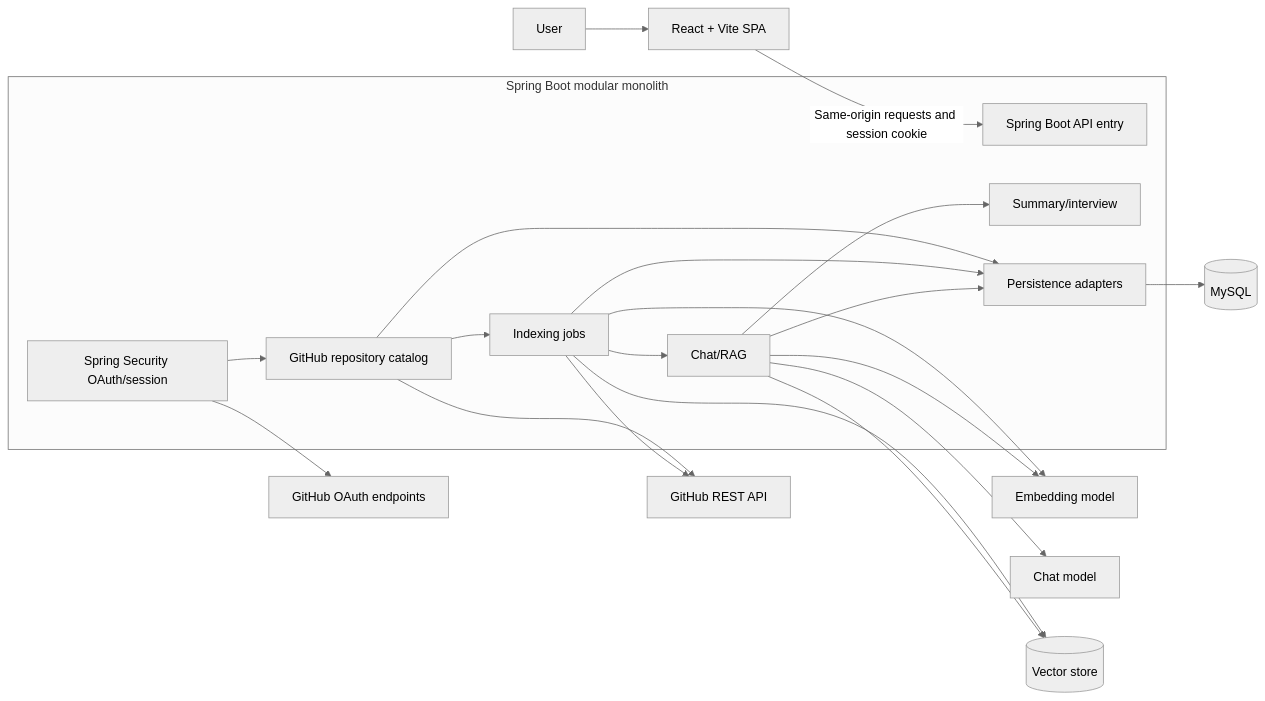
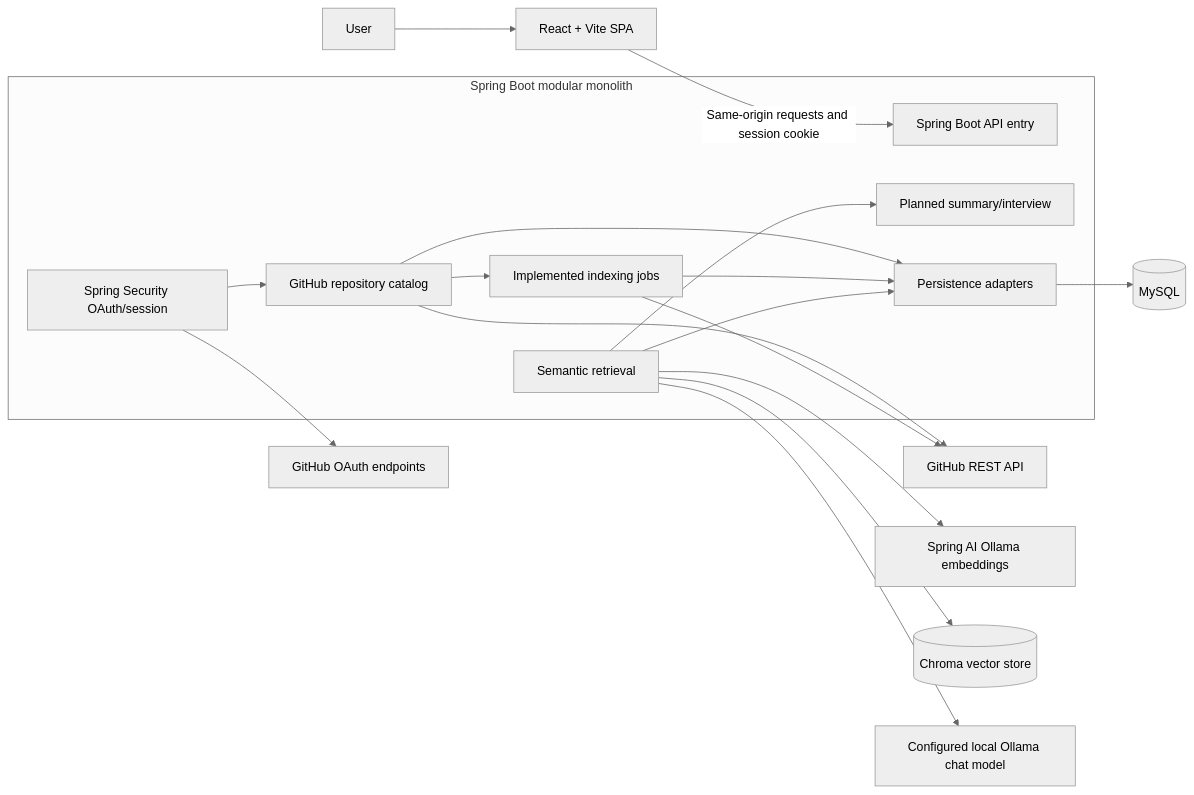
Before and after one commit to AshishKrPandey1234/RepoMind: the first of 3 diagrams in docs/ARCHITECTURE.md, drawn with Mermaid (neutral theme). The commit also changed other lines of this file and 85 other files, not shown here.

````diff
--- a/docs/ARCHITECTURE.md
+++ b/docs/ARCHITECTURE.md
@@ -13,30 +13,27 @@
 ```mermaid
 flowchart LR
   User --> SPA[React + Vite SPA]
   SPA -->|Same-origin requests and session cookie| Web
   subgraph Monolith[Spring Boot modular monolith]
     Web[Spring Boot API entry]
     Auth[Spring Security OAuth/session]
     Catalog[GitHub repository catalog]
-    Jobs[Indexing jobs]
-    RAG[Chat/RAG]
-    Summary[Summary/interview]
+    Jobs[Implemented indexing jobs]
+    RAG[Semantic retrieval]
+    Summary[Planned summary/interview]
     Store[Persistence adapters]
     Auth --> Catalog
-  Catalog --> Jobs
-    Jobs --> RAG
+    Catalog --> Jobs
     RAG --> Summary
     Catalog --> Store
     Jobs --> Store
     RAG --> Store
   end
   Auth --> GHLogin[GitHub OAuth endpoints]
   Catalog --> GH[GitHub REST API]
   Jobs --> GH
-  Jobs --> Embed[Embedding model]
-  RAG --> Embed
-  RAG --> ChatModel[Chat model]
-  Jobs --> Vector[(Vector store)]
-  RAG --> Vector
+    RAG --> Embed[Spring AI Ollama embeddings]
+    RAG --> Vector[(Chroma vector store)]
+    RAG --> ChatModel[Configured local Ollama chat model]
   Store --> SQL[(MySQL)]
 ```
````
